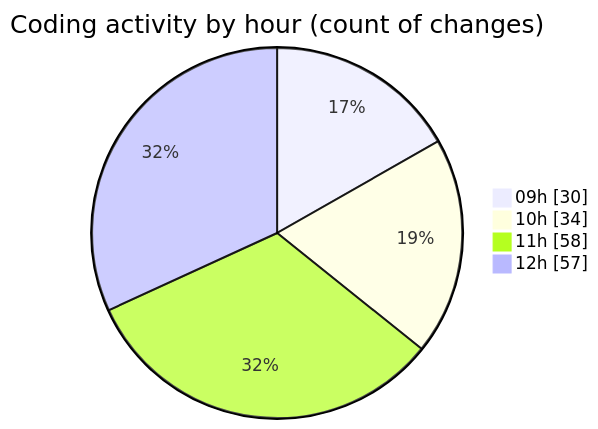
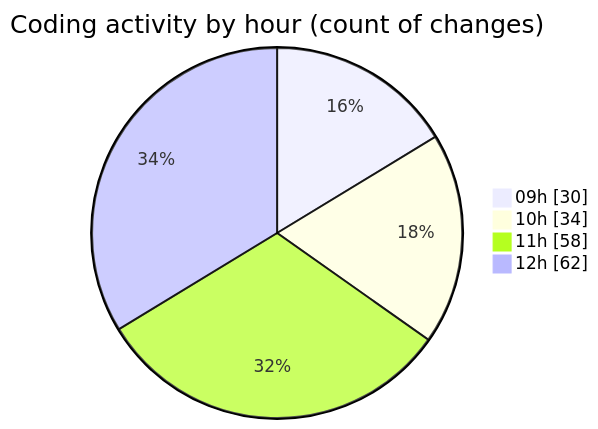
Before and after one commit to momahboobian/code-tracking: the second of 2 diagrams in 2025-04-02/cda/README.md, drawn with Mermaid. The commit also changed other lines of this file and 1 other file, not shown here.

````diff
--- a/2025-04-02/cda/README.md
+++ b/2025-04-02/cda/README.md
@@ -36,8 +36,8 @@
 ```mermaid
 pie showData
 title Coding activity by hour (count of changes)
 "09h" : 30
 "10h" : 34
 "11h" : 58
-"12h" : 57
+"12h" : 62
 ```
````
